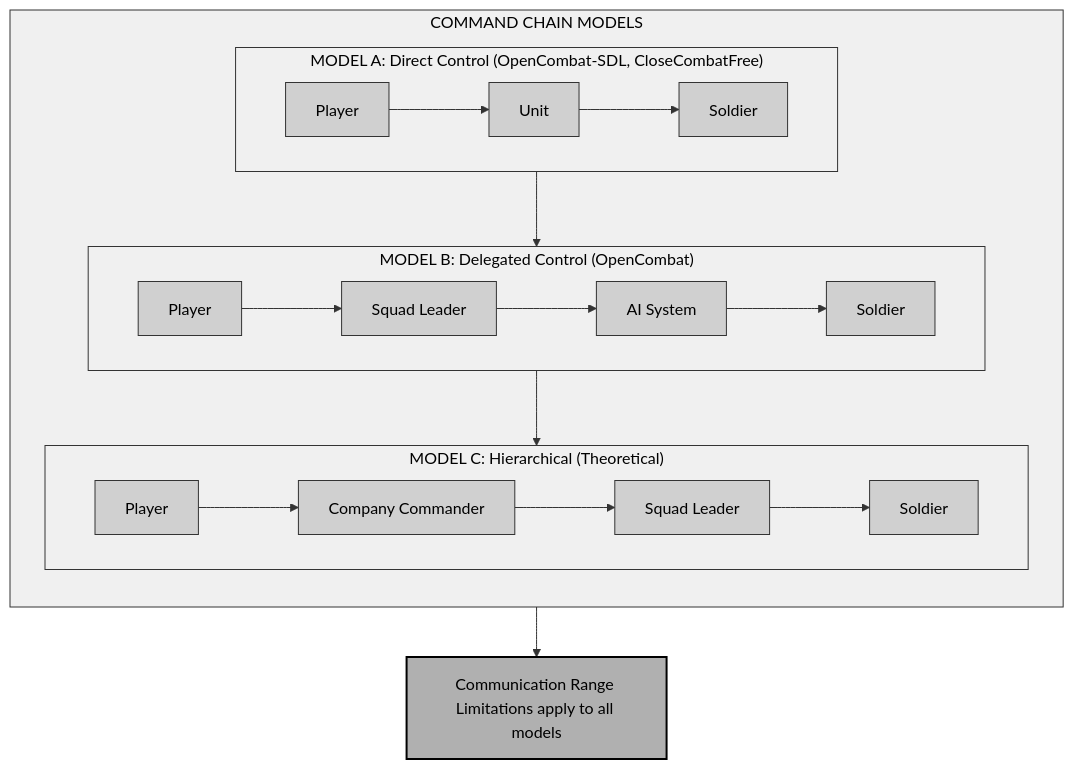
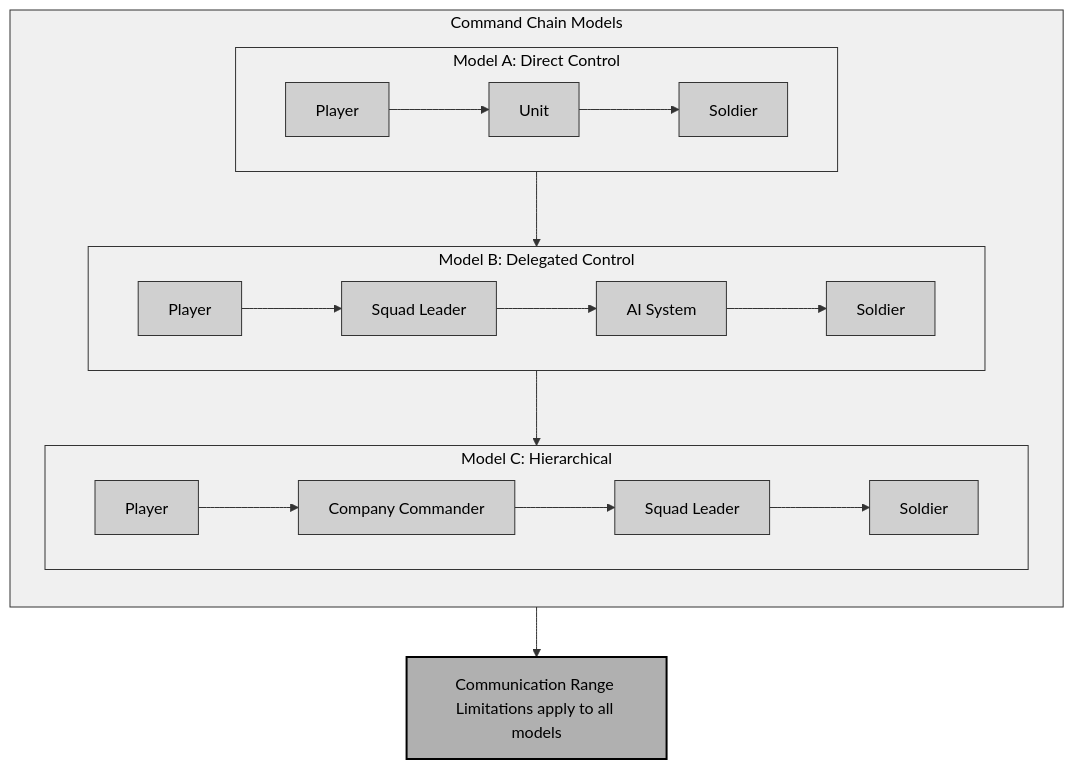
Before and after one commit to jukofyork/close-combat-architecture-study: the third of 5 diagrams in chapter_06_orders_ai.md, drawn with Mermaid. The commit also changed other lines of this file and 5 other files, not shown here.

````diff
--- a/chapter_06_orders_ai.md
+++ b/chapter_06_orders_ai.md
@@ -359,35 +360,35 @@
 ```mermaid
 flowchart TB
-    subgraph Models["COMMAND CHAIN MODELS"]
+    subgraph Models["Command Chain Models"]
         direction TB
         
-        subgraph ModelA["MODEL A: Direct Control (OpenCombat-SDL, CloseCombatFree)"]
+        subgraph ModelA["Model A: Direct Control"]
             direction LR
             P1["Player"] --> U1["Unit"] --> S1["Soldier"]
         end
         
-        subgraph ModelB["MODEL B: Delegated Control (OpenCombat)"]
+        subgraph ModelB["Model B: Delegated Control"]
             direction LR
             P2["Player"] --> L2["Squad Leader"] --> AI2["AI System"] --> S2["Soldier"]
         end
         
-        subgraph ModelC["MODEL C: Hierarchical (Theoretical)"]
+        subgraph ModelC["Model C: Hierarchical"]
             direction LR
             P3["Player"] --> C3["Company Commander"] --> L3["Squad Leader"] --> S3["Soldier"]
         end
         
         ModelA --> ModelB --> ModelC
     end
     
     comms["Communication Range Limitations apply to all models"]
     Models --> comms
     
     classDef default fill:#fff,stroke:#000,stroke-width:1px,color:#000
     classDef light fill:#f0f0f0,stroke:#333,stroke-width:1px,color:#000
     classDef medium fill:#d0d0d0,stroke:#333,stroke-width:1px,color:#000
     classDef dark fill:#b0b0b0,stroke:#000,stroke-width:2px,color:#000
     
     class Models,ModelA,ModelB,ModelC light
     class P1,P2,P3,C3,L2,L3,S1,S2,S3,U1,AI2 medium
     class comms dark
 ```
````
